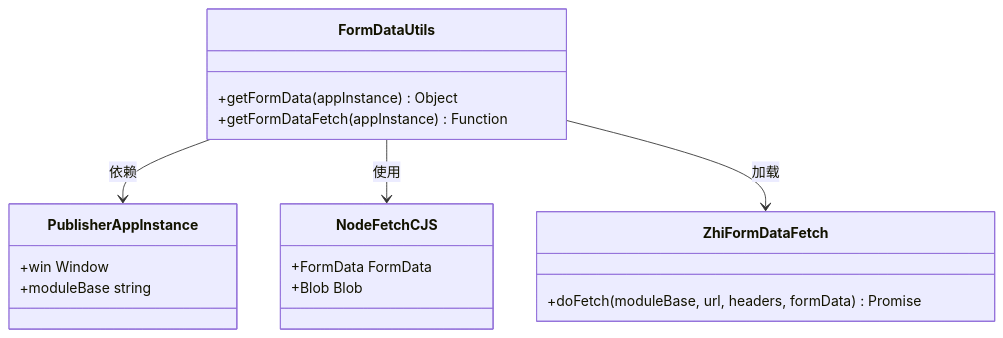
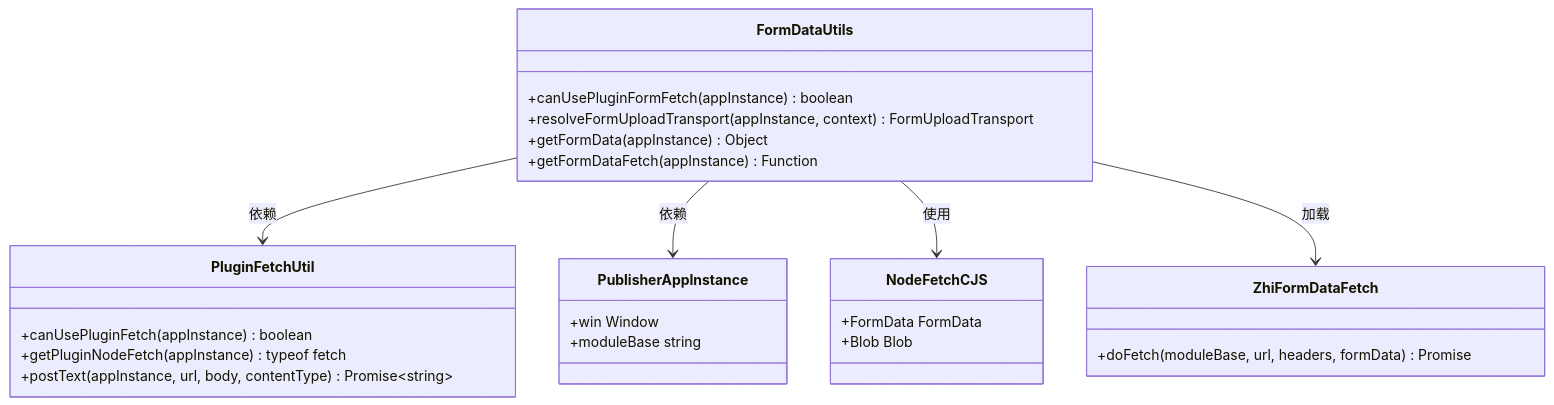
The fourth of 10 diagrams in .qoder/repowiki/zh/content/API参考文档/工具函数API/网络和Cookie工具.md (terwer/siyuan-plugin-publisher), drawn with Mermaid before and after one commit. The commit also changed other lines of this file and 15 other files, not shown here.

First line of the commit message:
refactor(proxy): redesign form upload transport to unified top-level architecture

````diff
--- a/.qoder/repowiki/zh/content/API参考文档/工具函数API/网络和Cookie工具.md
+++ b/.qoder/repowiki/zh/content/API参考文档/工具函数API/网络和Cookie工具.md
@@ -206,21 +300,29 @@
 ```mermaid
 classDiagram
 class FormDataUtils {
++canUsePluginFormFetch(appInstance) boolean
++resolveFormUploadTransport(appInstance, context) FormUploadTransport
 +getFormData(appInstance) Object
 +getFormDataFetch(appInstance) Function
+}
+class PluginFetchUtil {
++canUsePluginFetch(appInstance) boolean
++getPluginNodeFetch(appInstance) typeof fetch
++postText(appInstance, url, body, contentType) Promise~string~
 }
 class PublisherAppInstance {
 +win Window
 +moduleBase string
 }
 class NodeFetchCJS {
 +FormData FormData
 +Blob Blob
 }
 class ZhiFormDataFetch {
 +doFetch(moduleBase, url, headers, formData) Promise
 }
+FormDataUtils --> PluginFetchUtil : 依赖
 FormDataUtils --> PublisherAppInstance : 依赖
 FormDataUtils --> NodeFetchCJS : 使用
 FormDataUtils --> ZhiFormDataFetch : 加载
 ```
````
